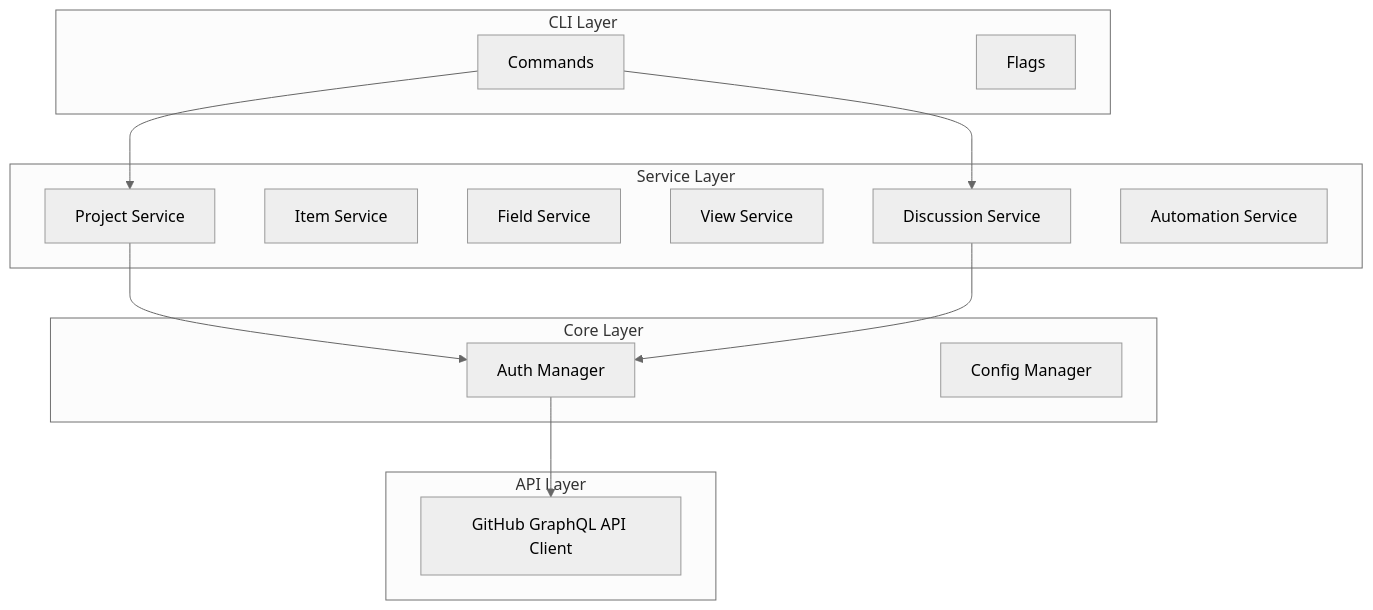
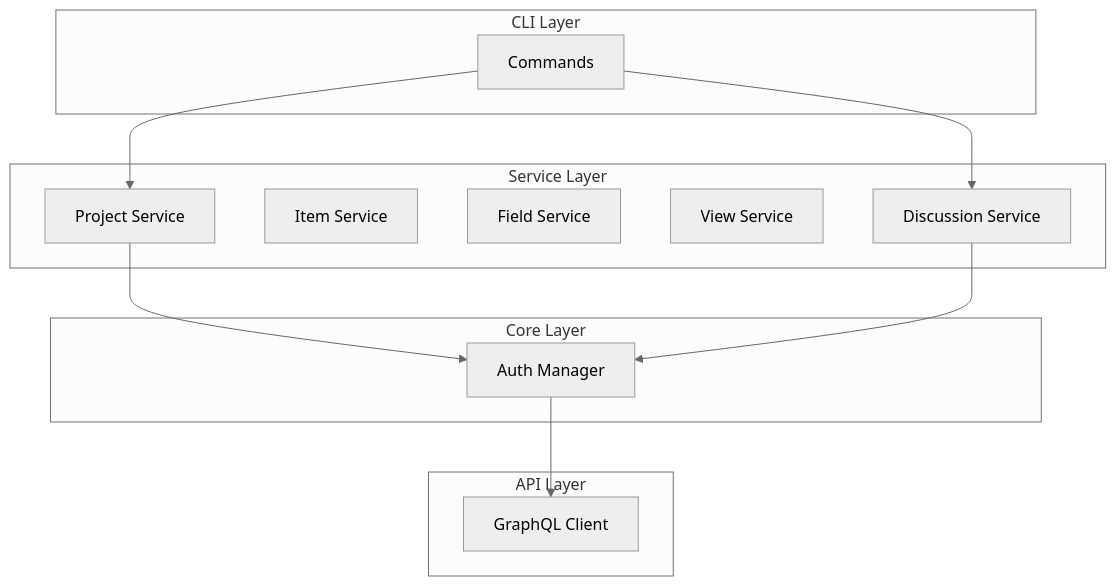
The diagram in README.md (roboco-io/ghx-cli), drawn with Mermaid (neutral theme) before and after one commit. The commit also changed other lines of this file, not shown here.

````diff
--- a/README.md
+++ b/README.md
@@ -206,31 +159,28 @@
 ```mermaid
 graph TB
-    subgraph "CLI Layer"
+    subgraph CLI Layer
         Commands[Commands]
-        Flags[Flags]
     end
 
-    subgraph "Service Layer"
+    subgraph Service Layer
         ProjectService[Project Service]
         ItemService[Item Service]
         FieldService[Field Service]
         ViewService[View Service]
         DiscussionService[Discussion Service]
-        AutomationService[Automation Service]
     end
 
-    subgraph "Core Layer"
+    subgraph Core Layer
         AuthManager[Auth Manager]
-        ConfigManager[Config Manager]
     end
 
-    subgraph "API Layer"
-        GraphQLClient[GitHub GraphQL API Client]
+    subgraph API Layer
+        GraphQLClient[GraphQL Client]
     end
 
     Commands --> ProjectService
     Commands --> DiscussionService
     ProjectService --> AuthManager
     DiscussionService --> AuthManager
     AuthManager --> GraphQLClient
 ```
````
